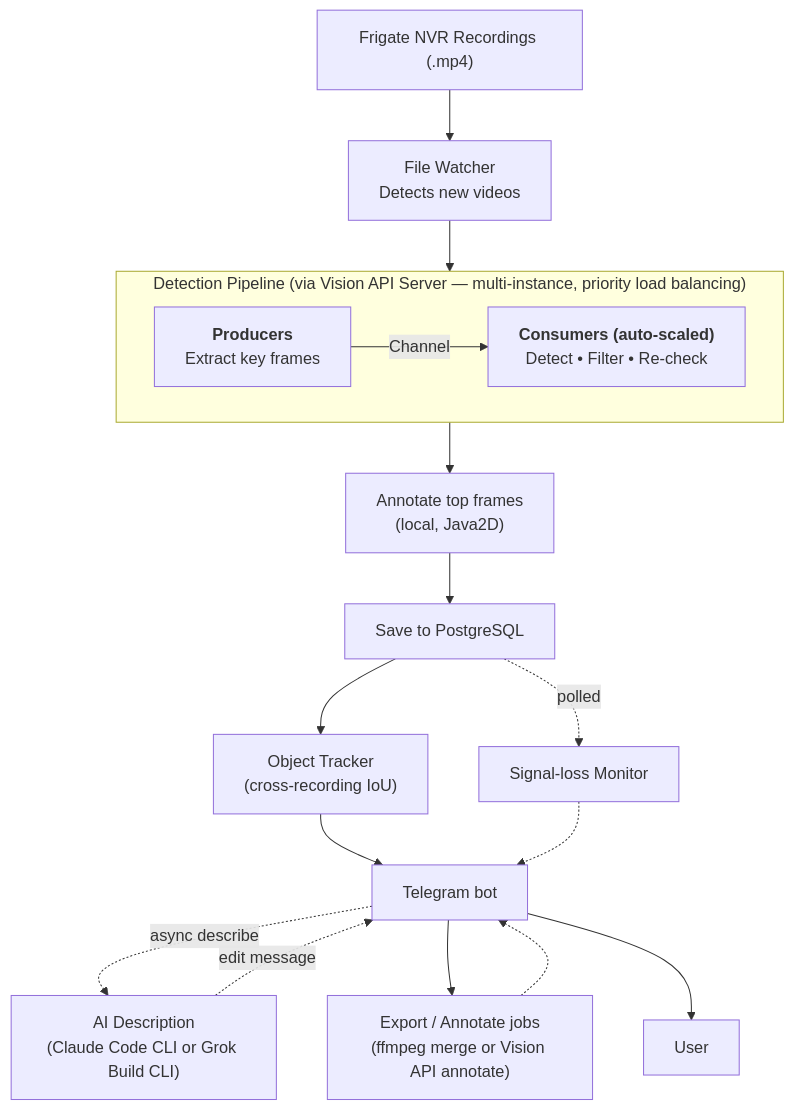
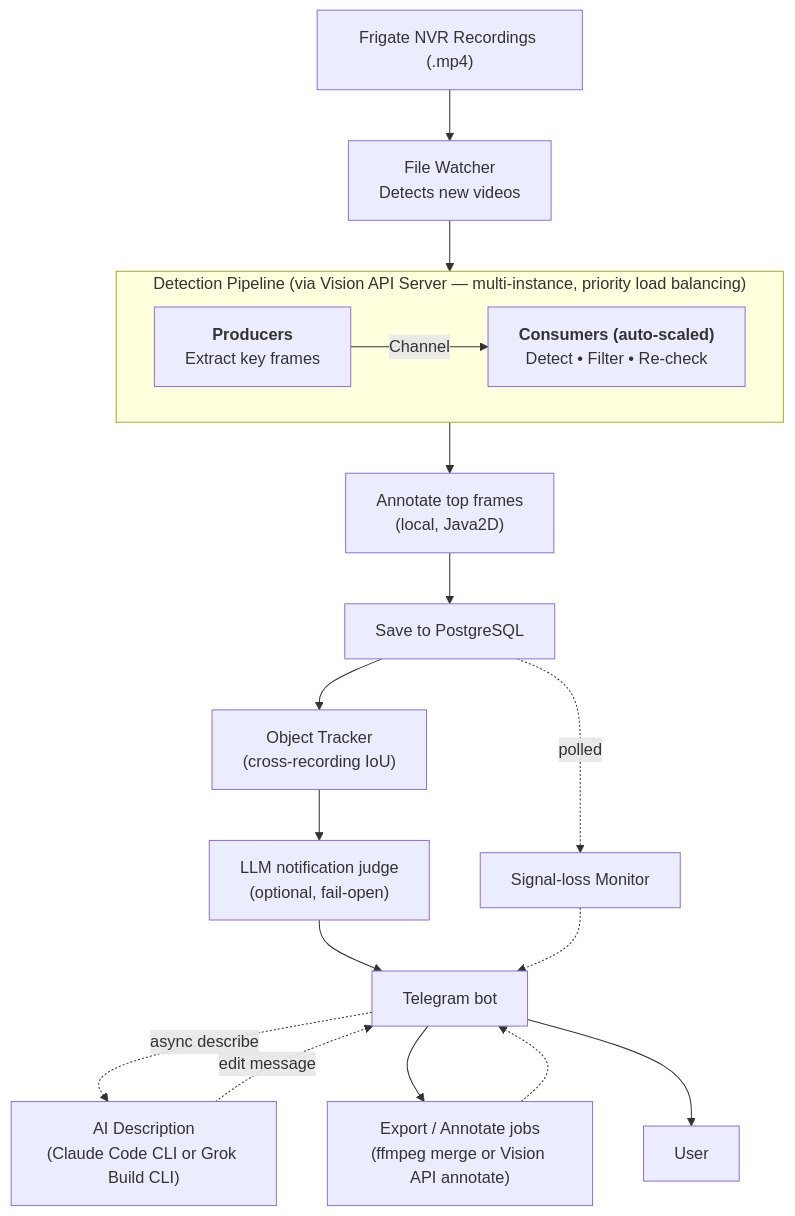
One commit to zinin/frigate-analyzer changed the diagram in README.md. Above: the diagram before and after it, drawn with Mermaid. The commit also changed other lines of this file and 9 other files, not shown here.

First line of the commit message:
docs(judge): configuration, deploy examples and rules for the LLM notification judge

````diff
--- a/README.md
+++ b/README.md
@@ -7,25 +7,26 @@
 ```mermaid
 graph TD
     A["Frigate NVR Recordings (.mp4)"] --> B["File Watcher<br/>Detects new videos"]
     B --> C
 
     subgraph C ["Detection Pipeline (via Vision API Server — multi-instance, priority load balancing)"]
         direction LR
         P["<b>Producers</b><br/>Extract key frames"] -- "Channel" --> Q["<b>Consumers (auto-scaled)</b><br/>Detect • Filter • Re-check"]
     end
 
     C --> VIS["Annotate top frames<br/>(local, Java2D)"]
     VIS --> D["Save to PostgreSQL"]
     D --> E["Object Tracker<br/>(cross-recording IoU)"]
-    E --> F["Telegram bot"]
+    E --> J["LLM notification judge<br/>(optional, fail-open)"]
+    J --> F["Telegram bot"]
 
     D -. "polled" .-> SL["Signal-loss Monitor"]
     SL -.-> F
 
     F -. "async describe" .-> AI["AI Description<br/>(Claude Code CLI or Grok Build CLI)"]
     AI -. "edit message" .-> F
 
     F --> EX["Export / Annotate jobs<br/>(ffmpeg merge or Vision API annotate)"]
     EX -.-> F
     F --> U["User"]
 ```
````
